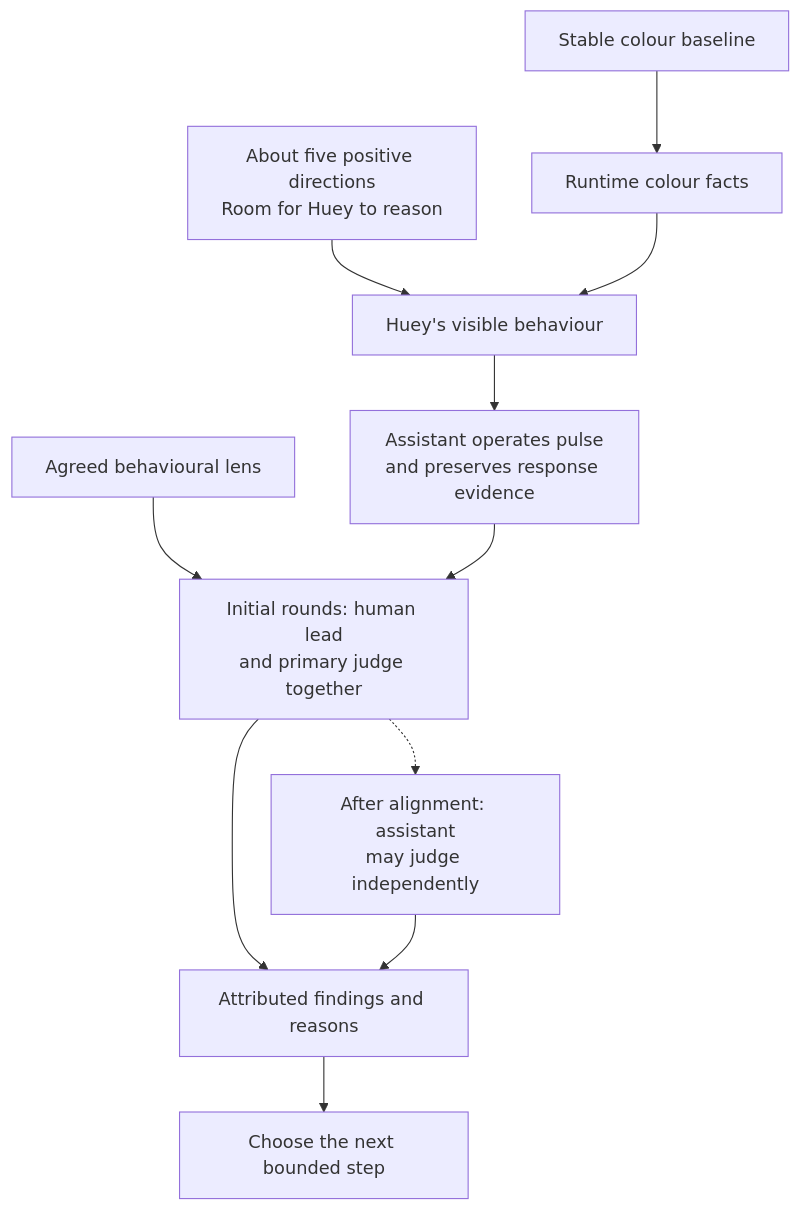
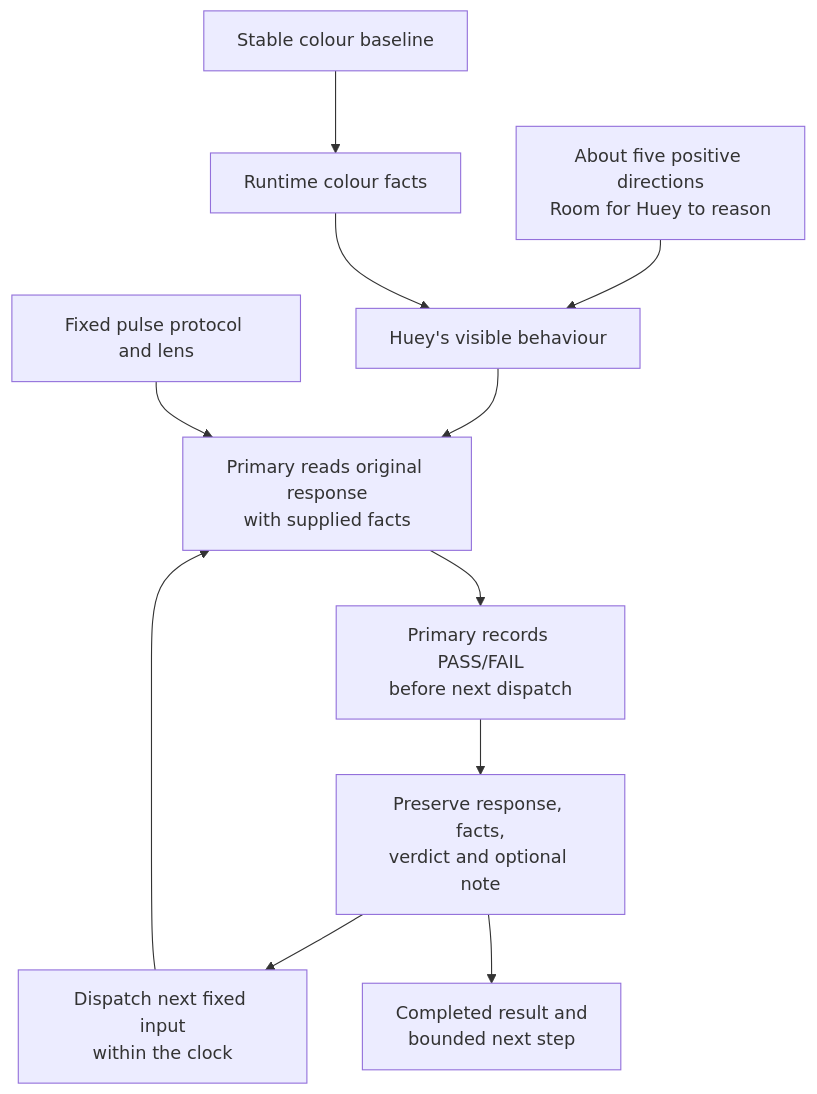
One commit to tryskian/huemiliator changed the diagram in docs/research/030_PB_BEHAVIOUR.md. Above: the diagram before and after it, drawn with Mermaid. The commit also changed other lines of this file and 27 other files, not shown here.

````diff
--- a/docs/research/030_PB_BEHAVIOUR.md
+++ b/docs/research/030_PB_BEHAVIOUR.md
@@ -67,13 +79,13 @@
 ```mermaid
 flowchart TD
   A["Stable colour baseline"] --> B["Runtime colour facts"]
   C["About five positive directions<br/>Room for Huey to reason"] --> D["Huey's visible behaviour"]
   B --> D
-  D --> E["Assistant operates pulse<br/>and preserves response evidence"]
-  F["Agreed behavioural lens"] --> G
-  E --> G["Initial rounds: human lead<br/>and primary judge together"]
-  G -.-> H["After alignment: assistant<br/>may judge independently"]
-  G --> I["Attributed findings and reasons"]
-  H --> I
-  I --> K["Choose the next bounded step"]
+  D --> E["Primary reads original response<br/>with supplied facts"]
+  F["Fixed pulse protocol and lens"] --> E
+  E --> G["Primary records PASS/FAIL<br/>before next dispatch"]
+  G --> I["Preserve response, facts,<br/>verdict and optional note"]
+  I --> K["Dispatch next fixed input<br/>within the clock"]
+  K --> E
+  I --> L["Completed result and<br/>bounded next step"]
 ```
````
